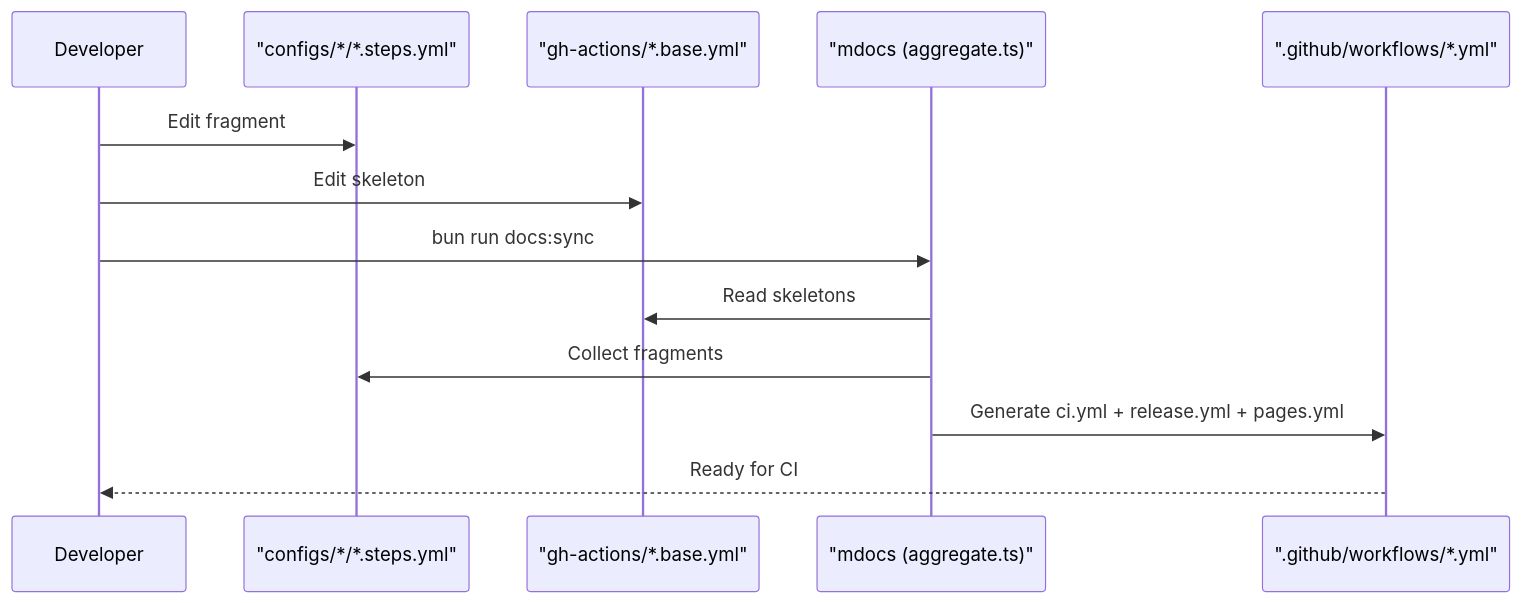
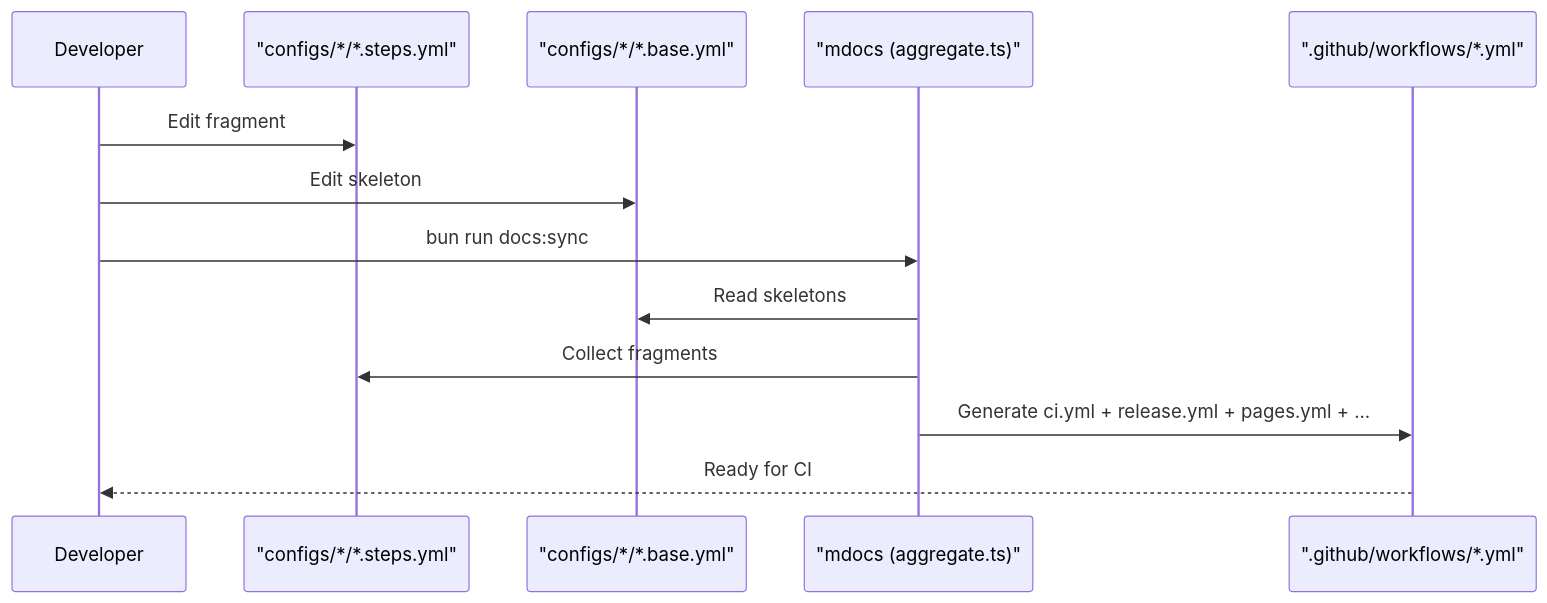
Before and after one commit to Archont561/ts-monorepo-template: the second of 2 diagrams in README.md, drawn with Mermaid. The commit also changed other lines of this file and 8 other files, not shown here.

````diff
--- a/README.md
+++ b/README.md
@@ -299,16 +314,16 @@
 ```mermaid
 sequenceDiagram
     participant Dev as Developer
     participant Config as "configs/*/*.steps.yml"
-    participant Base as "gh-actions/*.base.yml"
+    participant Base as "configs/*/*.base.yml"
     participant Mdocs as "mdocs (aggregate.ts)"
     participant GH as ".github/workflows/*.yml"
 
     Dev->>Config: Edit fragment
     Dev->>Base: Edit skeleton
     Dev->>Mdocs: bun run docs:sync
     Mdocs->>Base: Read skeletons
     Mdocs->>Config: Collect fragments
-    Mdocs->>GH: Generate ci.yml + release.yml + pages.yml
+    Mdocs->>GH: Generate ci.yml + release.yml + pages.yml + ...
     GH-->>Dev: Ready for CI
 ```
````
